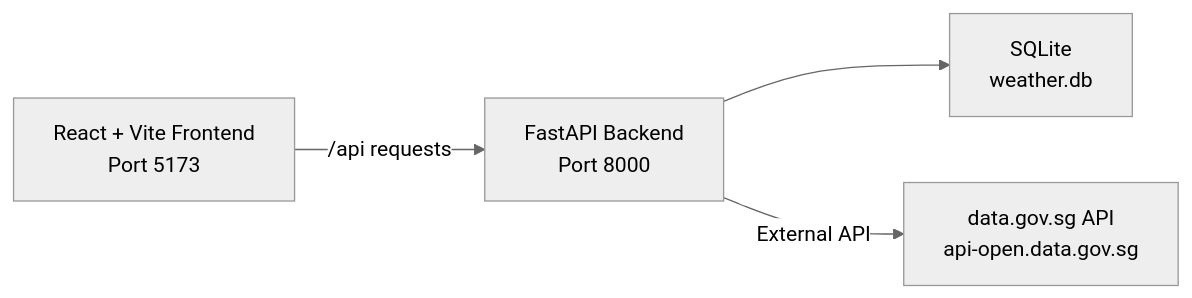
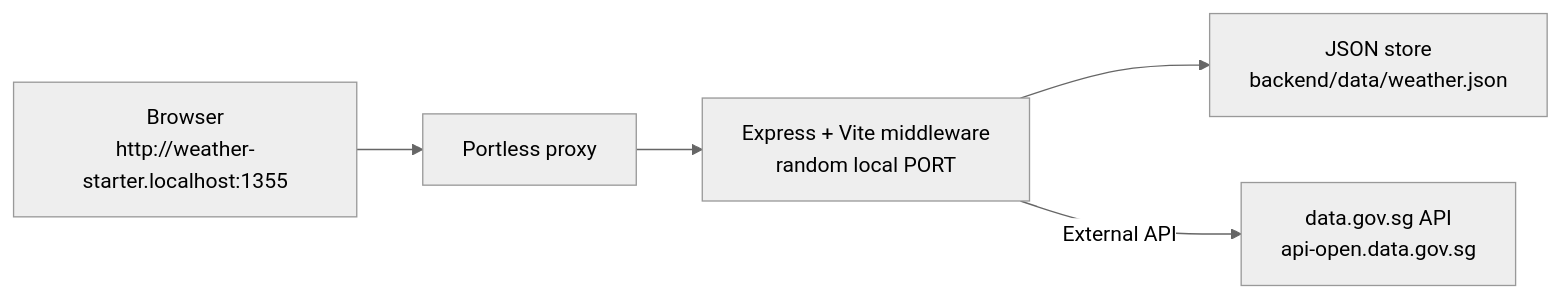
One commit to AISG-AIAP/weather_starter changed the diagram in README.md. Above: the diagram before and after it, drawn with Mermaid (neutral theme). The commit also changed other lines of this file and 30 other files, not shown here.

Commit message:
Rewrite weather starter as Node app

````diff
--- a/README.md
+++ b/README.md
@@ -22,6 +19,7 @@
 ```mermaid
 flowchart LR
-    A["React + Vite Frontend<br/>Port 5173"] -->|"/api requests"| B["FastAPI Backend<br/>Port 8000"]
-    B --> C["SQLite<br/>weather.db"]
-    B -->|External API| D["data.gov.sg API<br/>api-open.data.gov.sg"]
+    A["Browser<br/>http://weather-starter.localhost:1355"] --> B["Portless proxy"]
+    B --> C["Express + Vite middleware<br/>random local PORT"]
+    C --> D["JSON store<br/>backend/data/weather.json"]
+    C -->|External API| E["data.gov.sg API<br/>api-open.data.gov.sg"]
 ```
````
